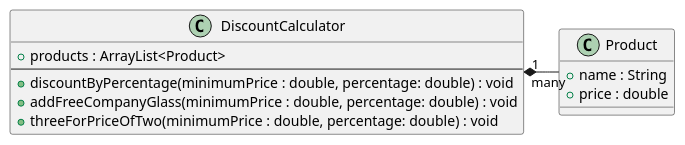
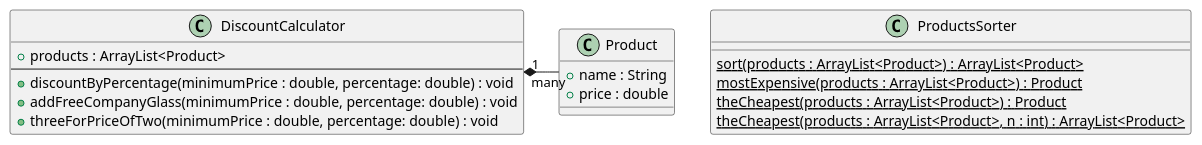
Before and after one commit to PJMPR/lab03-intruduction-to-classes: the diagram in UML/Instance.puml, drawn with PlantUML.

Commit message:
start lab 03

```diff
--- a/UML/Instance.puml
+++ b/UML/Instance.puml
@@ -1,19 +1,26 @@
 @startuml test
 
 
 class Product {
     + name : String
     + price : double
 }
 
 DiscountCalculator "1" *- "many" Product
 
 class DiscountCalculator {
     + products : ArrayList<Product>
     ----
     + discountByPercentage(minimumPrice : double, percentage: double) : void
     + addFreeCompanyGlass(minimumPrice : double, percentage: double) : void
     + threeForPriceOfTwo(minimumPrice : double, percentage: double) : void
 }
 
+class ProductsSorter {
+    {static}  sort(products : ArrayList<Product>) : ArrayList<Product>
+    {static}  mostExpensive(products : ArrayList<Product>) : Product
+    {static}  theCheapest(products : ArrayList<Product>) : Product
+    {static}  theCheapest(products : ArrayList<Product>, n : int) : ArrayList<Product>
+}
+
 @enduml
```
